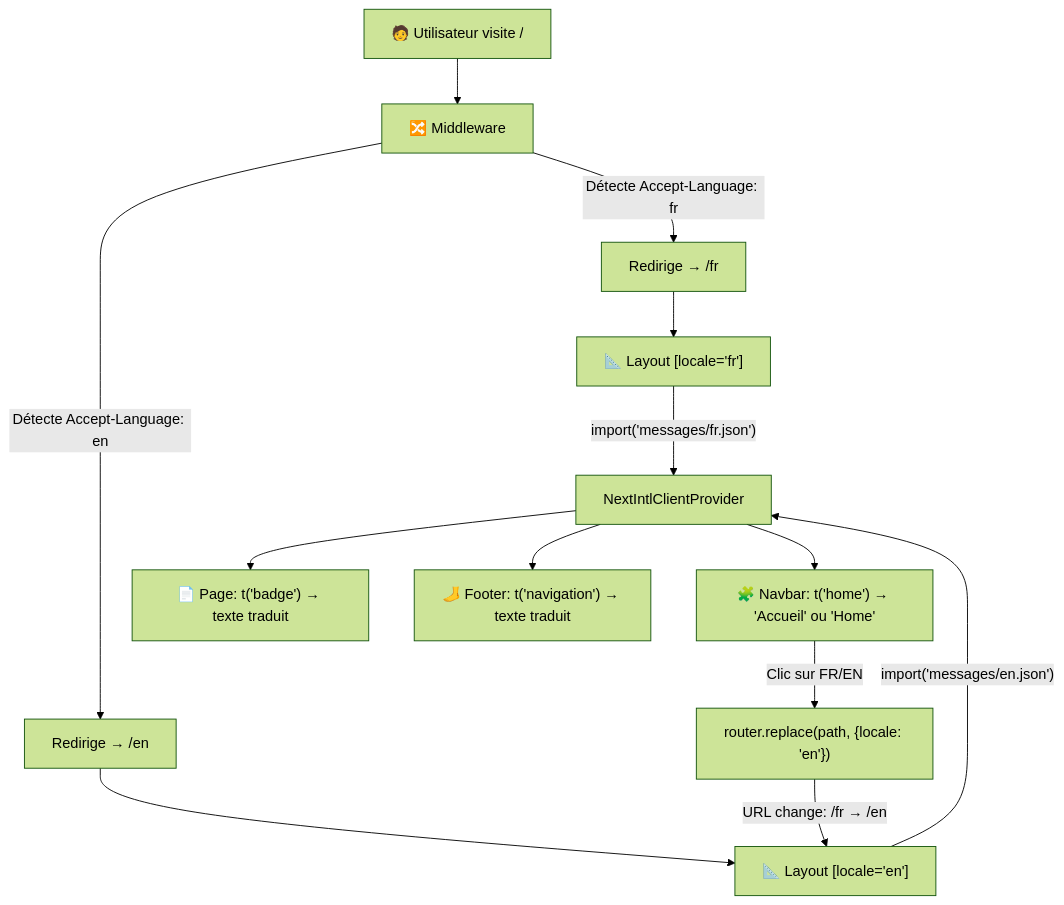
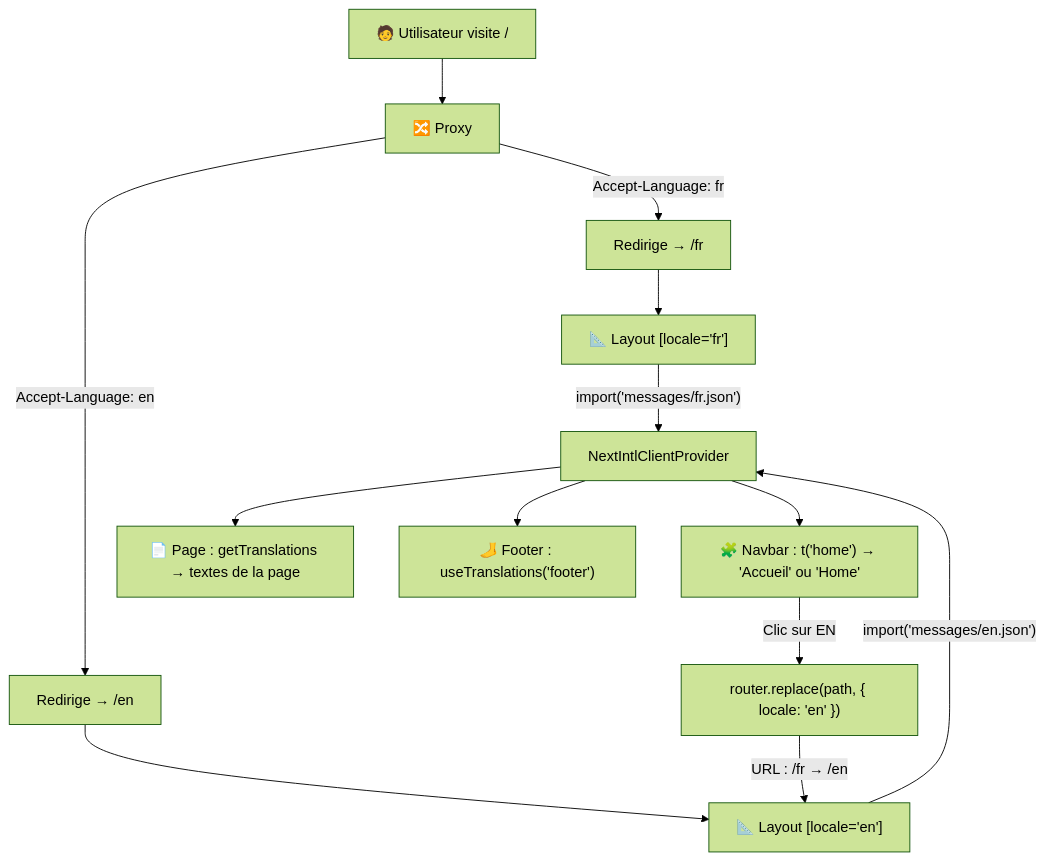
One commit to J-kalvin007/portofolio_kalvin_2026 changed the second of 2 diagrams in i18n_walkthrough.md. Above: the diagram before and after it, drawn with Mermaid (forest theme). The commit also changed other lines of this file and 1 other file, not shown here.

First line of the commit message:
docs: guide i18n et modèle Docker alignés sur le projet réel

````diff
--- a/i18n_walkthrough.md
+++ b/i18n_walkthrough.md
@@ -276,19 +331,19 @@
 ```mermaid
 graph TD
-    A["🧑 Utilisateur visite /"] --> B["🔀 Middleware"]
-    B -->|"Détecte Accept-Language: fr"| C["Redirige → /fr"]
-    B -->|"Détecte Accept-Language: en"| D["Redirige → /en"]
-    
+    A["🧑 Utilisateur visite /"] --> B["🔀 Proxy"]
+    B -->|"Accept-Language: fr"| C["Redirige → /fr"]
+    B -->|"Accept-Language: en"| D["Redirige → /en"]
+
     C --> E["📐 Layout [locale='fr']"]
     D --> F["📐 Layout [locale='en']"]
-    
+
     E -->|"import('messages/fr.json')"| G["NextIntlClientProvider"]
     F -->|"import('messages/en.json')"| G
-    
-    G --> H["🧩 Navbar: t('home') → 'Accueil' ou 'Home'"]
-    G --> I["📄 Page: t('badge') → texte traduit"]
-    G --> J["🦶 Footer: t('navigation') → texte traduit"]
-    
-    H -->|"Clic sur FR/EN"| K["router.replace(path, {locale: 'en'})"]
-    K -->|"URL change: /fr → /en"| F
+
+    G --> H["🧩 Navbar : t('home') → 'Accueil' ou 'Home'"]
+    G --> I["📄 Page : getTranslations → textes de la page"]
+    G --> J["🦶 Footer : useTranslations('footer')"]
+
+    H -->|"Clic sur EN"| K["router.replace(path, { locale: 'en' })"]
+    K -->|"URL : /fr → /en"| F
 ```
````
